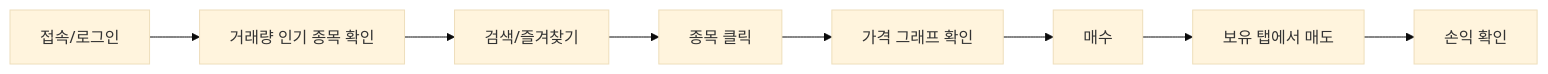
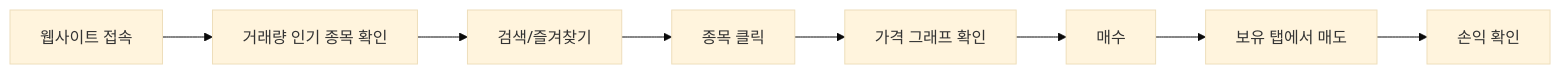
Before and after one commit to osangmin51-spec/javaproject: the second of 2 diagrams in docs/presentation-slides.md, drawn with Mermaid (base theme). The commit also changed other lines of this file and 7 other files, not shown here.

````diff
--- a/docs/presentation-slides.md
+++ b/docs/presentation-slides.md
@@ -69,10 +69,10 @@
 ```mermaid
 flowchart LR
-    A["접속/로그인"] --> B["거래량 인기 종목 확인"]
+    A["웹사이트 접속"] --> B["거래량 인기 종목 확인"]
     B --> C["검색/즐겨찾기"]
     C --> D["종목 클릭"]
     D --> E["가격 그래프 확인"]
     E --> F["매수"]
     F --> G["보유 탭에서 매도"]
     G --> H["손익 확인"]
 ```
````
